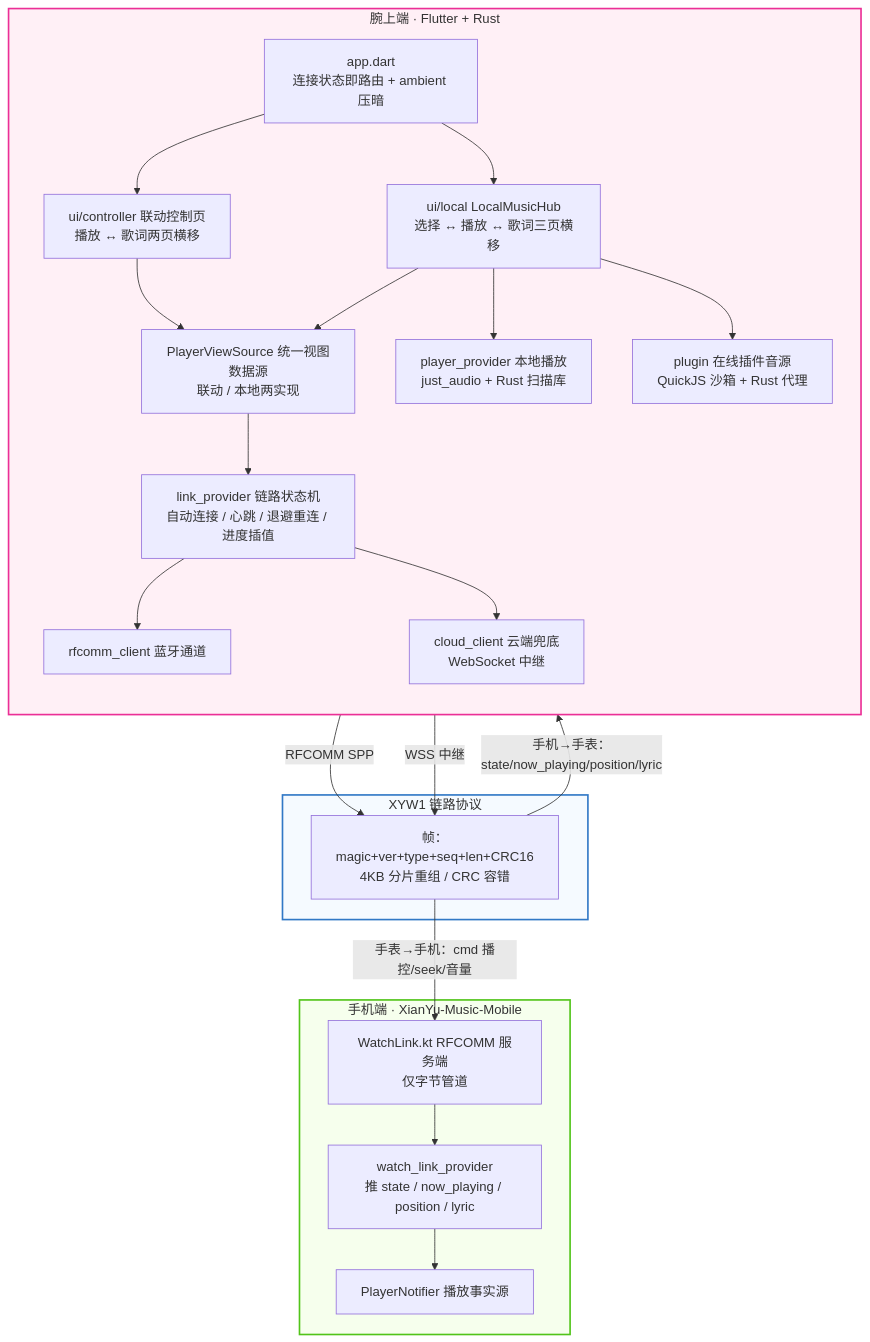
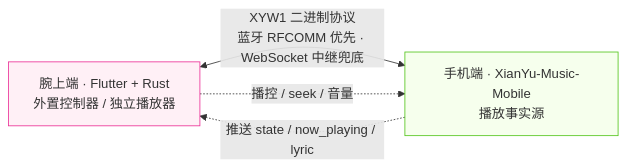
Before and after one commit to TaXiaoQi/XianYu-Music-Watch: the diagram in README.md, drawn with Mermaid. The commit also changed other lines of this file and 8 other files, not shown here.

Commit message:
feat(腕上端): 接口签名升级 HMAC-SHA256 + README 精简 - music/auth.rs 签名算法 MD5 摘要改为 HMAC-SHA256(新增 hmac 依赖), 重编 libxianyu_core.so 并同步 FRB 生成代码与锁文件, app_version 标注自动生成来源, README 依赖/构建说明重写精简

````diff
--- a/README.md
+++ b/README.md
@@ -164,34 +96,9 @@
 ```mermaid
-graph TD
-    subgraph Watch [腕上端 · Flutter + Rust]
-        direction TB
-        A[app.dart<br/>连接状态即路由 + ambient 压暗] --> B[ui/controller 联动控制页<br/>播放 ↔ 歌词两页横移]
-        A --> C[ui/local LocalMusicHub<br/>选择 ↔ 播放 ↔ 歌词三页横移]
-        B & C --> D[PlayerViewSource 统一视图数据源<br/>联动 / 本地两实现]
-        C --> E[player_provider 本地播放<br/>just_audio + Rust 扫描库]
-        C --> F[plugin 在线插件音源<br/>QuickJS 沙箱 + Rust 代理]
-        D --> G[link_provider 链路状态机<br/>自动连接 / 心跳 / 退避重连 / 进度插值]
-        G --> H[rfcomm_client 蓝牙通道]
-        G --> I[cloud_client 云端兜底<br/>WebSocket 中继]
-    end
+graph LR
+    A[腕上端 · Flutter + Rust<br/>外置控制器 / 独立播放器] <-->|XYW1 二进制协议<br/>蓝牙 RFCOMM 优先 · WebSocket 中继兜底| B[手机端 · XianYu-Music-Mobile<br/>播放事实源]
+    B -. 推送 state / now_playing / lyric .-> A
+    A -. 播控 / seek / 音量 .-> B
 
-    subgraph Link [XYW1 链路协议]
-        J[帧：magic+ver+type+seq+len+CRC16<br/>4KB 分片重组 / CRC 容错]
-    end
-
-    subgraph Phone [手机端 · XianYu-Music-Mobile]
-        K[WatchLink.kt RFCOMM 服务端<br/>仅字节管道]
-        L[watch_link_provider<br/>推 state / now_playing / position / lyric]
-        M[PlayerNotifier 播放事实源]
-        K --> L --> M
-    end
-
-    H -- RFCOMM SPP --> J
-    I -- WSS 中继 --> J
-    J -- 手机→手表：state/now_playing/position/lyric --> G
-    J -- 手表→手机：cmd 播控/seek/音量 --> K
-
-    style Watch fill:#fff0f6,stroke:#eb2f96,stroke-width:2px;
-    style Link fill:#f5faff,stroke:#3178C6,stroke-width:2px;
-    style Phone fill:#f6ffed,stroke:#52c41a,stroke-width:2px;
+    style A fill:#fff0f6,stroke:#eb2f96;
+    style B fill:#f6ffed,stroke:#52c41a;
 ```
````
